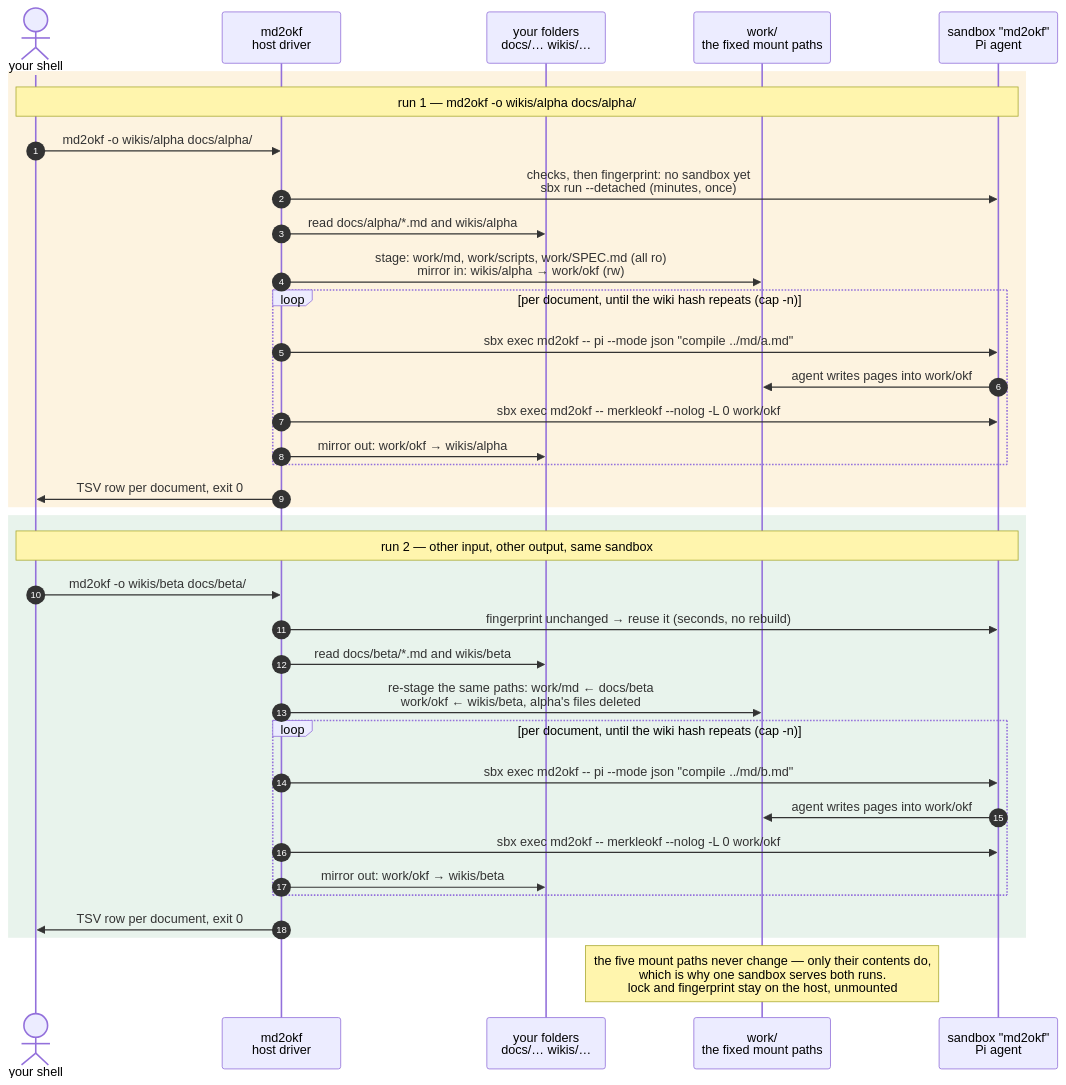
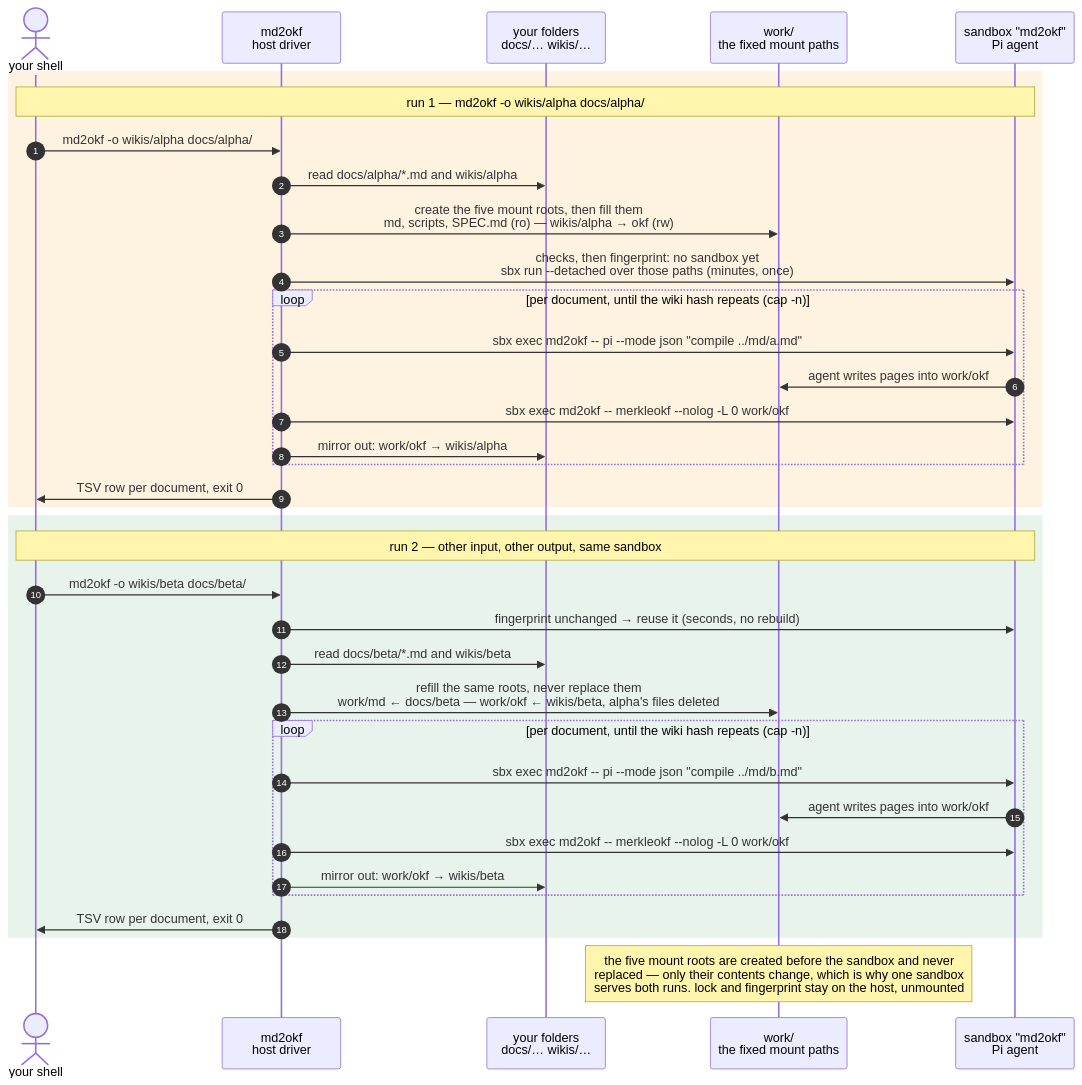
Before and after one commit to lars20070/md2okf: the first of 2 diagrams in .claude/plans/interface-plan.md, drawn with Mermaid. The commit also changed other lines of this file, not shown here.

````diff
--- a/.claude/plans/interface-plan.md
+++ b/.claude/plans/interface-plan.md
@@ -261,41 +300,41 @@
 ```mermaid
 sequenceDiagram
   autonumber
   actor U as your shell
   participant D as md2okf<br/>host driver
   participant H as your folders<br/>docs/… wikis/…
   participant W as work/<br/>the fixed mount paths
   participant S as sandbox "md2okf"<br/>Pi agent
 
   rect rgb(253, 243, 224)
   Note over U,S: run 1 — md2okf -o wikis/alpha docs/alpha/
   U->>D: md2okf -o wikis/alpha docs/alpha/
-  D->>S: checks, then fingerprint: no sandbox yet<br/>sbx run --detached (minutes, once)
   D->>H: read docs/alpha/*.md and wikis/alpha
-  D->>W: stage: work/md, work/scripts, work/SPEC.md (all ro)<br/>mirror in: wikis/alpha → work/okf (rw)
+  D->>W: create the five mount roots, then fill them<br/>md, scripts, SPEC.md (ro) — wikis/alpha → okf (rw)
+  D->>S: checks, then fingerprint: no sandbox yet<br/>sbx run --detached over those paths (minutes, once)
   loop per document, until the wiki hash repeats (cap -n)
     D->>S: sbx exec md2okf -- pi --mode json "compile ../md/a.md"
     S->>W: agent writes pages into work/okf
     D->>S: sbx exec md2okf -- merkleokf --nolog -L 0 work/okf
     D->>H: mirror out: work/okf → wikis/alpha
   end
   D->>U: TSV row per document, exit 0
   end
 
   rect rgb(232, 243, 236)
   Note over U,S: run 2 — other input, other output, same sandbox
   U->>D: md2okf -o wikis/beta docs/beta/
   D->>S: fingerprint unchanged → reuse it (seconds, no rebuild)
   D->>H: read docs/beta/*.md and wikis/beta
-  D->>W: re-stage the same paths: work/md ← docs/beta<br/>work/okf ← wikis/beta, alpha's files deleted
+  D->>W: refill the same roots, never replace them<br/>work/md ← docs/beta — work/okf ← wikis/beta, alpha's files deleted
   loop per document, until the wiki hash repeats (cap -n)
     D->>S: sbx exec md2okf -- pi --mode json "compile ../md/b.md"
     S->>W: agent writes pages into work/okf
     D->>S: sbx exec md2okf -- merkleokf --nolog -L 0 work/okf
     D->>H: mirror out: work/okf → wikis/beta
   end
   D->>U: TSV row per document, exit 0
   end
 
-  Note over W: the five mount paths never change — only their contents do,<br/>which is why one sandbox serves both runs.<br/>lock and fingerprint stay on the host, unmounted
+  Note over W: the five mount roots are created before the sandbox and never<br/>replaced — only their contents change, which is why one sandbox<br/>serves both runs. lock and fingerprint stay on the host, unmounted
 ```
````
